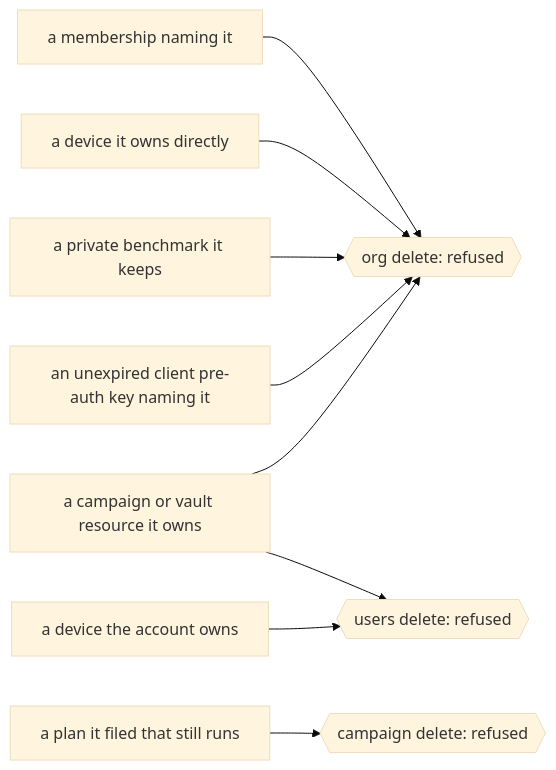
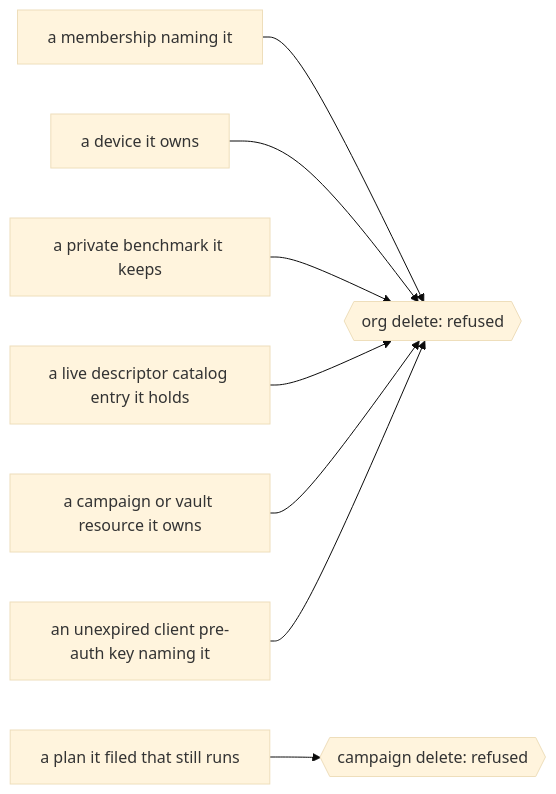
Before and after one commit to Liquid4All/pipette-mgmt: the sixth of 27 diagrams in docs/topology.md, drawn with Mermaid (base theme). The commit also changed other lines of this file and 432 other files, not shown here.

````diff
--- a/docs/topology.md
+++ b/docs/topology.md
@@ -344,11 +333,10 @@
 ```mermaid
 flowchart LR
     m["a membership naming it"] --> x1{{"org delete: refused"}}
-    d["a device it owns directly"] --> x1
+    d["a device it owns"] --> x1
     pb["a private benchmark it keeps"] --> x1
+    ce["a live descriptor catalog entry it holds"] --> x1
     cv["a campaign or vault resource it owns"] --> x1
     pk["an unexpired client pre-auth key naming it"] --> x1
-    od["a device the account owns"] --> x2{{"users delete: refused"}}
-    cv --> x2
     rp["a plan it filed that still runs"] --> x3{{"campaign delete: refused"}}
 ```
````
